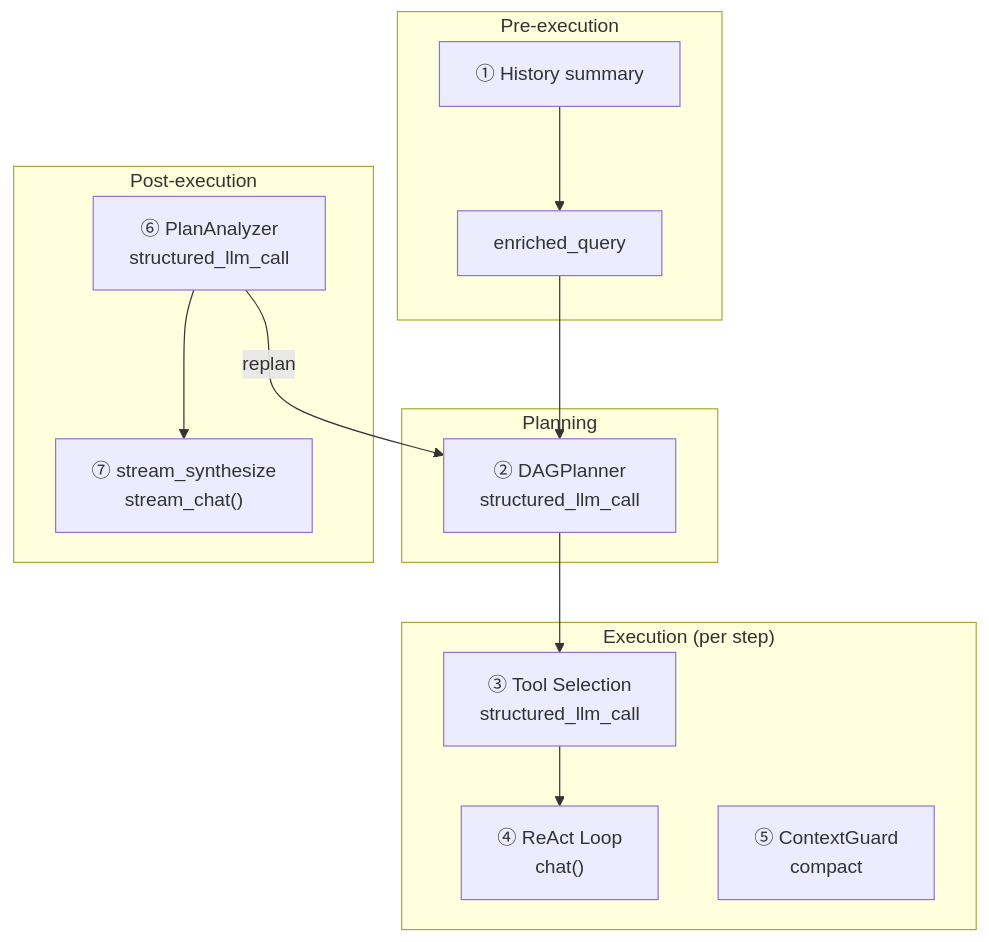
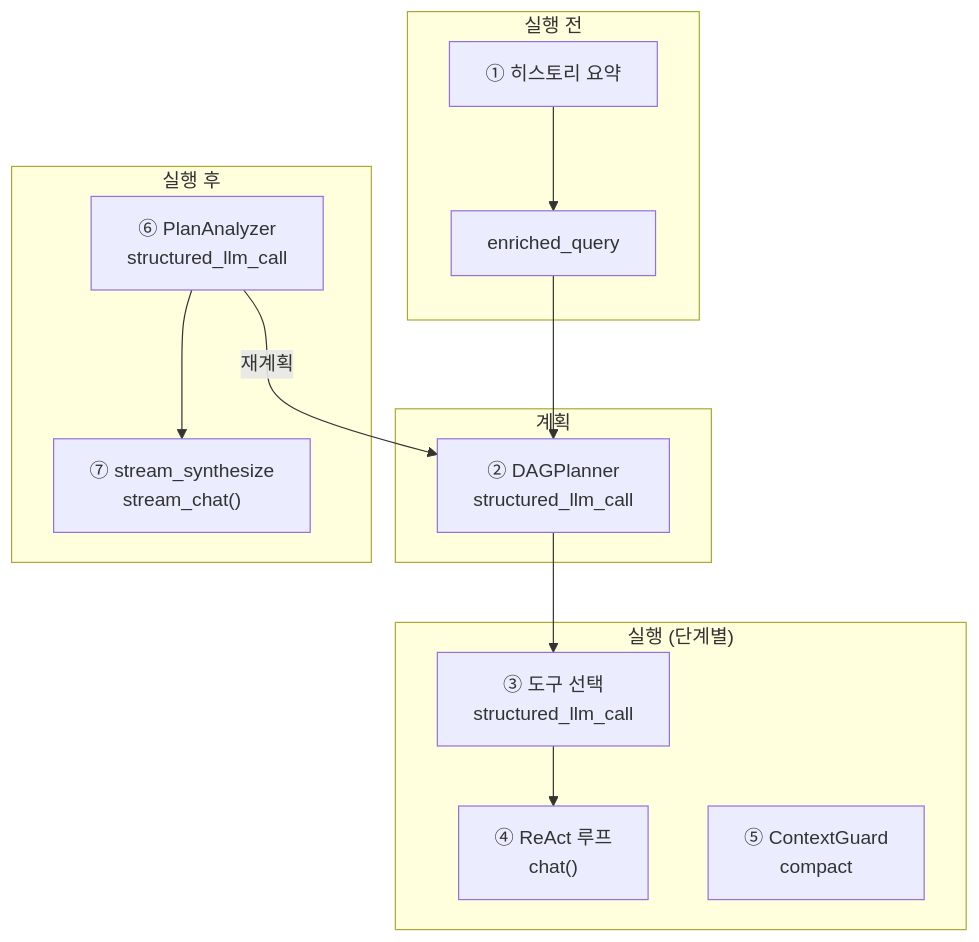
One commit to lucky20160622/fim-one changed the second of 3 diagrams in docs/ko/architecture/dag-engine.mdx. Above: the diagram before and after it, drawn with Mermaid. The commit also changed other lines of this file and 141 other files, not shown here.

````diff
--- a/docs/ko/architecture/dag-engine.mdx
+++ b/docs/ko/architecture/dag-engine.mdx
@@ -44,19 +48,19 @@
 ```mermaid
 flowchart TD
-    subgraph pre ["Pre-execution"]
-        H["① History summary"] --> EQ["enriched_query"]
+    subgraph pre ["실행 전"]
+        H["① 히스토리 요약"] --> EQ["enriched_query"]
     end
-    subgraph plan ["Planning"]
+    subgraph plan ["계획"]
         P["② DAGPlanner<br/>structured_llm_call"]
     end
-    subgraph exec ["Execution (per step)"]
-        TS["③ Tool Selection<br/>structured_llm_call"] --> RL["④ ReAct Loop<br/>chat()"]
+    subgraph exec ["실행 (단계별)"]
+        TS["③ 도구 선택<br/>structured_llm_call"] --> RL["④ ReAct 루프<br/>chat()"]
         CG["⑤ ContextGuard<br/>compact"]
     end
-    subgraph post ["Post-execution"]
+    subgraph post ["실행 후"]
         PA["⑥ PlanAnalyzer<br/>structured_llm_call"] --> SS["⑦ stream_synthesize<br/>stream_chat()"]
     end
     EQ --> P
     P --> TS
-    PA -->|"replan"| P
+    PA -->|"재계획"| P
 ```
````
